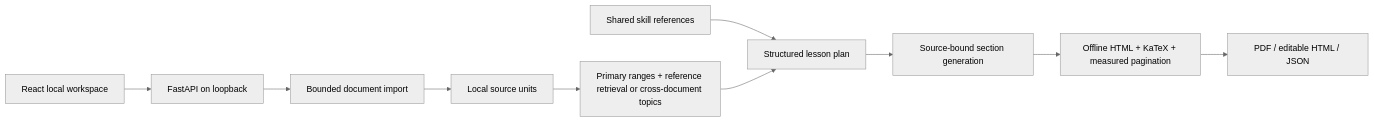
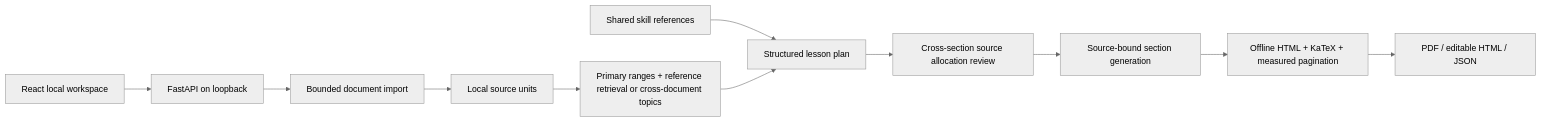
One commit to Southwall-Tester/LearnMargin changed the diagram in docs/ARCHITECTURE.md. Above: the diagram before and after it, drawn with Mermaid (neutral theme). The commit also changed other lines of this file and 9 other files, not shown here.

````diff
--- a/docs/ARCHITECTURE.md
+++ b/docs/ARCHITECTURE.md
@@ -3,12 +3,13 @@
 ```mermaid
 flowchart LR
   UI[React local workspace] --> API[FastAPI on loopback]
   API --> Import[Bounded document import]
   Import --> Store[Local source units]
   Store --> Scope[Primary ranges + reference retrieval or cross-document topics]
   Skill[Shared skill references] --> Plan[Structured lesson plan]
   Scope --> Plan
-  Plan --> Sections[Source-bound section generation]
+  Plan --> Support[Cross-section source allocation review]
+  Support --> Sections[Source-bound section generation]
   Sections --> Render[Offline HTML + KaTeX + measured pagination]
   Render --> PDF[PDF / editable HTML / JSON]
 ```
````
